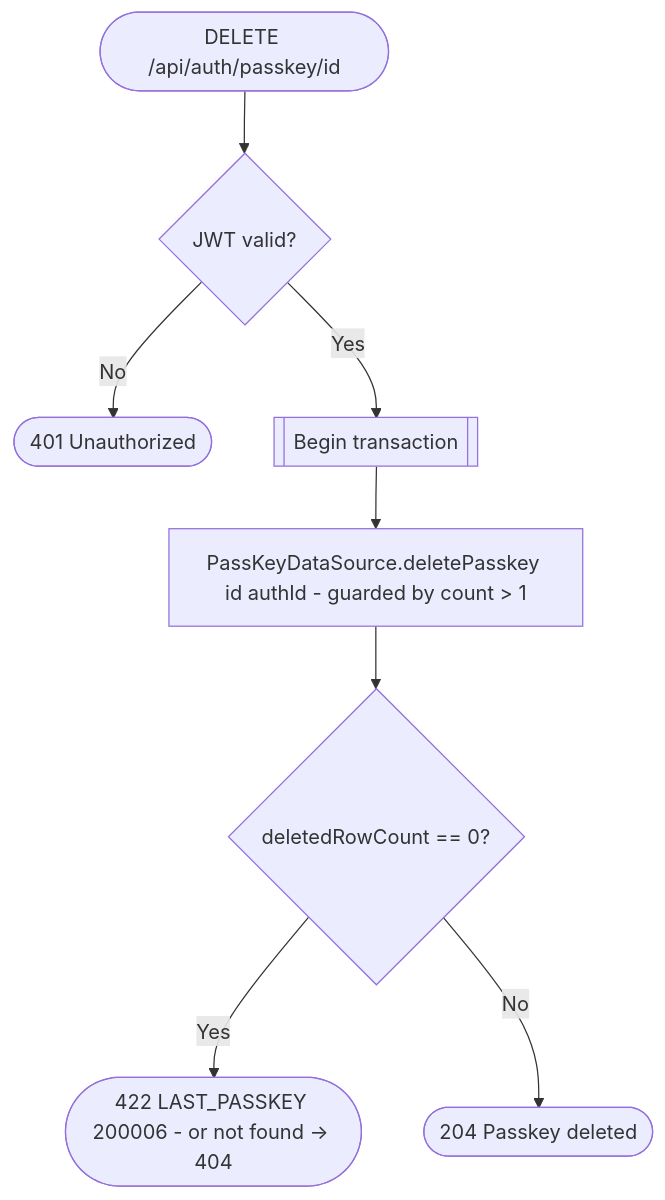
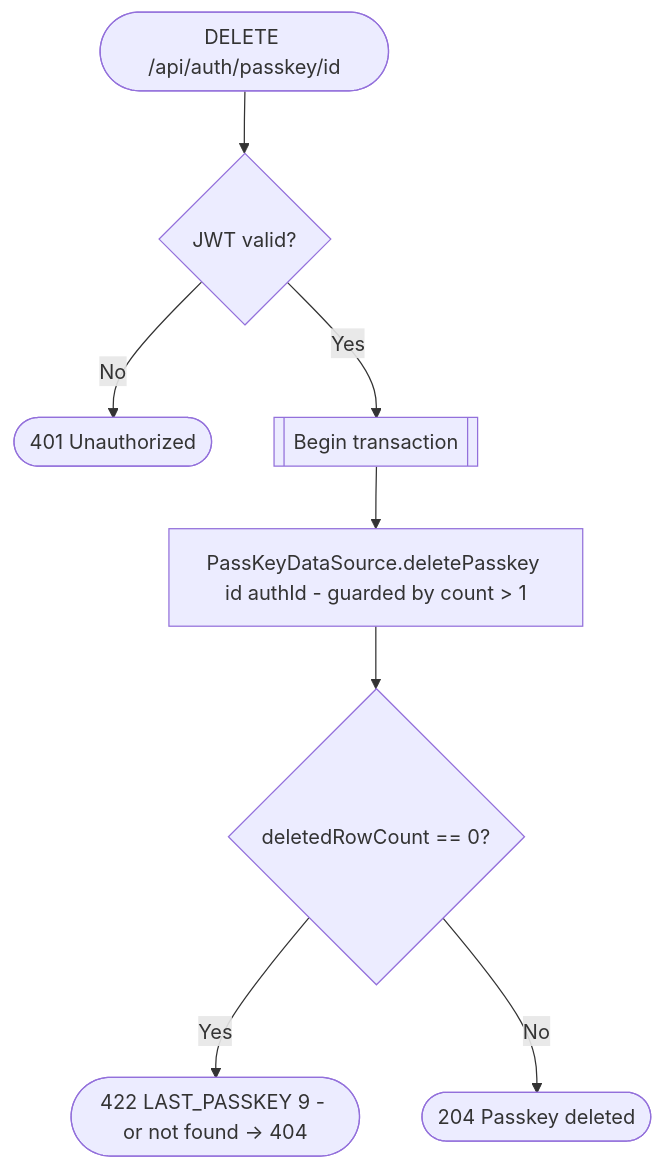
Before and after one commit to nocturneproperties/bookkme: the diagram in docs/operations/authorization/delete-passkey.md, drawn with Mermaid. The commit also changed 97 other files, not shown here.

````diff
--- a/docs/operations/authorization/delete-passkey.md
+++ b/docs/operations/authorization/delete-passkey.md
@@ -12,10 +12,10 @@
 ```mermaid
 flowchart TD
     Start([DELETE /api/auth/passkey/id]) --> Auth{JWT valid?}
     Auth -- No --> R401([401 Unauthorized])
     Auth -- Yes --> Tx[[Begin transaction]]
     Tx --> Delete[PassKeyDataSource.deletePasskey id authId - guarded by count > 1]
     Delete --> RowCount{deletedRowCount == 0?}
-    RowCount -- Yes --> R422([422 LAST_PASSKEY 200006 - or not found -> 404])
+    RowCount -- Yes --> R422([422 LAST_PASSKEY 9 - or not found -> 404])
     RowCount -- No --> R204([204 Passkey deleted])
 ```
````
